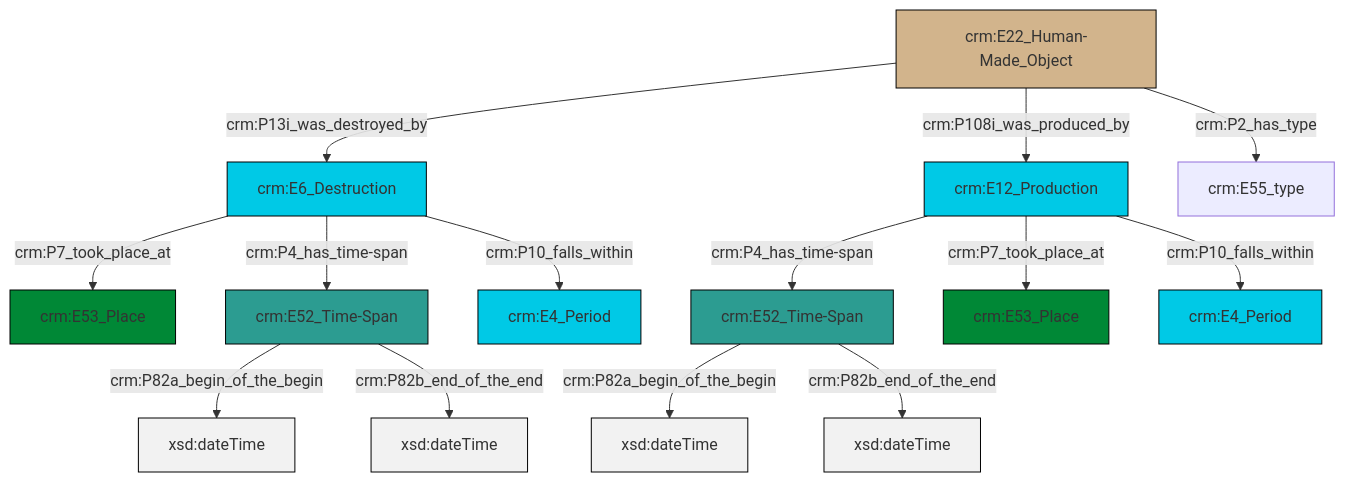
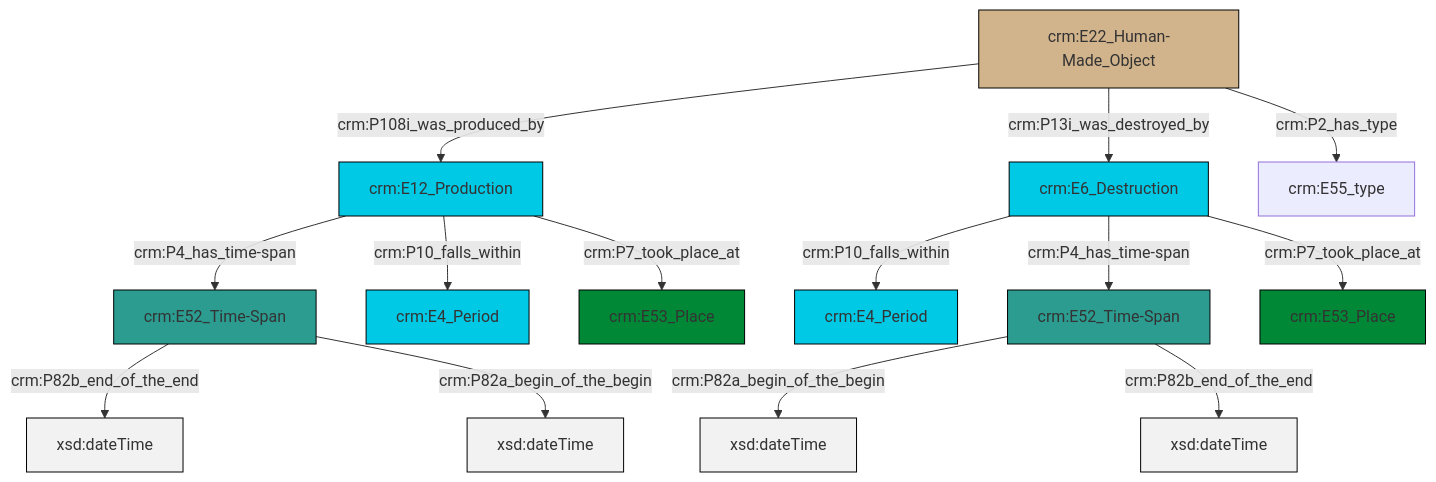
One commit to swiss-art-research-net/reference-data-models changed the diagram in et/artworkCSV/ttl/mmd/Artwork_Existence.ttl.mmd. Above: the diagram before and after it, drawn with Mermaid. The commit also changed 126 other files, not shown here.

```diff
--- a/et/artworkCSV/ttl/mmd/Artwork_Existence.ttl.mmd
+++ b/et/artworkCSV/ttl/mmd/Artwork_Existence.ttl.mmd
@@ -1,28 +1,28 @@
 graph TD
 classDef Literal fill:#f2f2f2,stroke:#000000;
 classDef CRM_Entity fill:#FFFFFF,stroke:#000000;
 classDef Temporal_Entity fill:#00C9E6, stroke:#000000;
 classDef Type fill:#E18312, stroke:#000000;
 classDef Time-Span fill:#2C9C91, stroke:#000000;
 classDef Appellation fill:#FFEB7F, stroke:#000000;
 classDef Place fill:#008836, stroke:#000000;
 classDef Persistent_Item fill:#B266B2, stroke:#000000;
 classDef Conceptual_Object fill:#FFD700, stroke:#000000;
 classDef Physical_Thing fill:#D2B48C, stroke:#000000;
 classDef Actor fill:#f58aad, stroke:#000000;
 classDef PC_Classes fill:#4ce600, stroke:#000000;
 classDef Multi fill:#cccccc,stroke:#000000;
 
-0["crm:E12_Production"]:::Temporal_Entity -->|crm:P4_has_time-span| 1["crm:E52_Time-Span"]:::Time-Span
-2["crm:E52_Time-Span"]:::Time-Span -->|crm:P82a_begin_of_the_begin| 3[xsd:dateTime]:::Literal
-5["crm:E6_Destruction"]:::Temporal_Entity -->|crm:P7_took_place_at| 6["crm:E53_Place"]:::Place
-5["crm:E6_Destruction"]:::Temporal_Entity -->|crm:P4_has_time-span| 2["crm:E52_Time-Span"]:::Time-Span
-0["crm:E12_Production"]:::Temporal_Entity -->|crm:P7_took_place_at| 9["crm:E53_Place"]:::Place
-10["crm:E22_Human-Made_Object"]:::Physical_Thing -->|crm:P13i_was_destroyed_by| 5["crm:E6_Destruction"]:::Temporal_Entity
-0["crm:E12_Production"]:::Temporal_Entity -->|crm:P10_falls_within| 14["crm:E4_Period"]:::Temporal_Entity
-2["crm:E52_Time-Span"]:::Time-Span -->|crm:P82b_end_of_the_end| 15[xsd:dateTime]:::Literal
-1["crm:E52_Time-Span"]:::Time-Span -->|crm:P82a_begin_of_the_begin| 16[xsd:dateTime]:::Literal
-10["crm:E22_Human-Made_Object"]:::Physical_Thing -->|crm:P108i_was_produced_by| 0["crm:E12_Production"]:::Temporal_Entity
-5["crm:E6_Destruction"]:::Temporal_Entity -->|crm:P10_falls_within| 11["crm:E4_Period"]:::Temporal_Entity
-10["crm:E22_Human-Made_Object"]:::Physical_Thing -->|crm:P2_has_type| 7["crm:E55_type"]:::Default
-1["crm:E52_Time-Span"]:::Time-Span -->|crm:P82b_end_of_the_end| 21[xsd:dateTime]:::Literal
+0["crm:E52_Time-Span"]:::Time-Span -->|crm:P82b_end_of_the_end| 1[xsd:dateTime]:::Literal
+6["crm:E6_Destruction"]:::Temporal_Entity -->|crm:P10_falls_within| 7["crm:E4_Period"]:::Temporal_Entity
+4["crm:E12_Production"]:::Temporal_Entity -->|crm:P4_has_time-span| 0["crm:E52_Time-Span"]:::Time-Span
+2["crm:E22_Human-Made_Object"]:::Physical_Thing -->|crm:P108i_was_produced_by| 4["crm:E12_Production"]:::Temporal_Entity
+4["crm:E12_Production"]:::Temporal_Entity -->|crm:P10_falls_within| 8["crm:E4_Period"]:::Temporal_Entity
+14["crm:E52_Time-Span"]:::Time-Span -->|crm:P82a_begin_of_the_begin| 16[xsd:dateTime]:::Literal
+14["crm:E52_Time-Span"]:::Time-Span -->|crm:P82b_end_of_the_end| 17[xsd:dateTime]:::Literal
+4["crm:E12_Production"]:::Temporal_Entity -->|crm:P7_took_place_at| 10["crm:E53_Place"]:::Place
+6["crm:E6_Destruction"]:::Temporal_Entity -->|crm:P4_has_time-span| 14["crm:E52_Time-Span"]:::Time-Span
+2["crm:E22_Human-Made_Object"]:::Physical_Thing -->|crm:P13i_was_destroyed_by| 6["crm:E6_Destruction"]:::Temporal_Entity
+2["crm:E22_Human-Made_Object"]:::Physical_Thing -->|crm:P2_has_type| 12["crm:E55_type"]:::Default
+0["crm:E52_Time-Span"]:::Time-Span -->|crm:P82a_begin_of_the_begin| 21[xsd:dateTime]:::Literal
+6["crm:E6_Destruction"]:::Temporal_Entity -->|crm:P7_took_place_at| 22["crm:E53_Place"]:::Place
```
